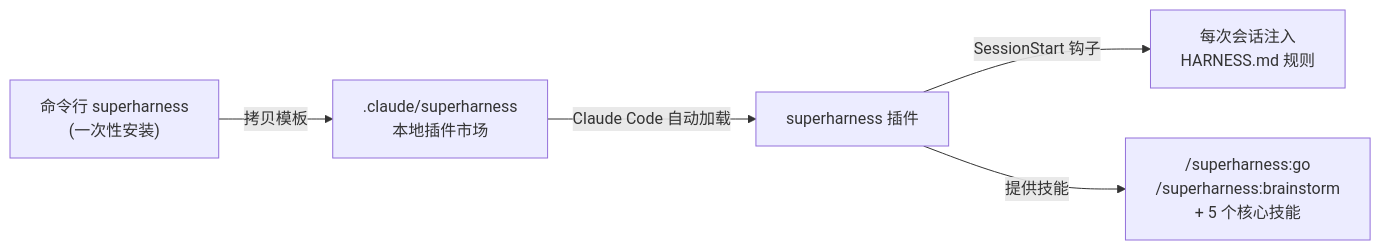
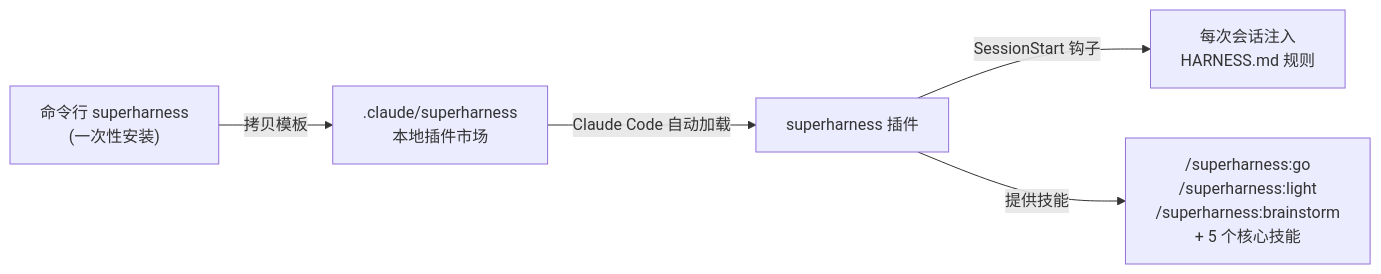
Before and after one commit to YachuanWzh/harness: the first of 13 diagrams in 技术方案文档.md, drawn with Mermaid. The commit also changed other lines of this file and 11 other files, not shown here.

First line of the commit message:
feat(superharness): 添加轻量级 light 技能以支持小型改动任务

````diff
--- a/技术方案文档.md
+++ b/技术方案文档.md
@@ -30,7 +30,7 @@
 ```mermaid
 flowchart LR
     CLI["命令行 superharness<br/>(一次性安装)"] -->|拷贝模板| PROJ[".claude/superharness<br/>本地插件市场"]
     PROJ -->|Claude Code 自动加载| PLUGIN["superharness 插件"]
     PLUGIN -->|SessionStart 钩子| RULES["每次会话注入<br/>HARNESS.md 规则"]
-    PLUGIN -->|提供技能| SKILLS["/superharness:go<br/>/superharness:brainstorm<br/>+ 5 个核心技能"]
+    PLUGIN -->|提供技能| SKILLS["/superharness:go<br/>/superharness:light<br/>/superharness:brainstorm<br/>+ 5 个核心技能"]
 ```
````
